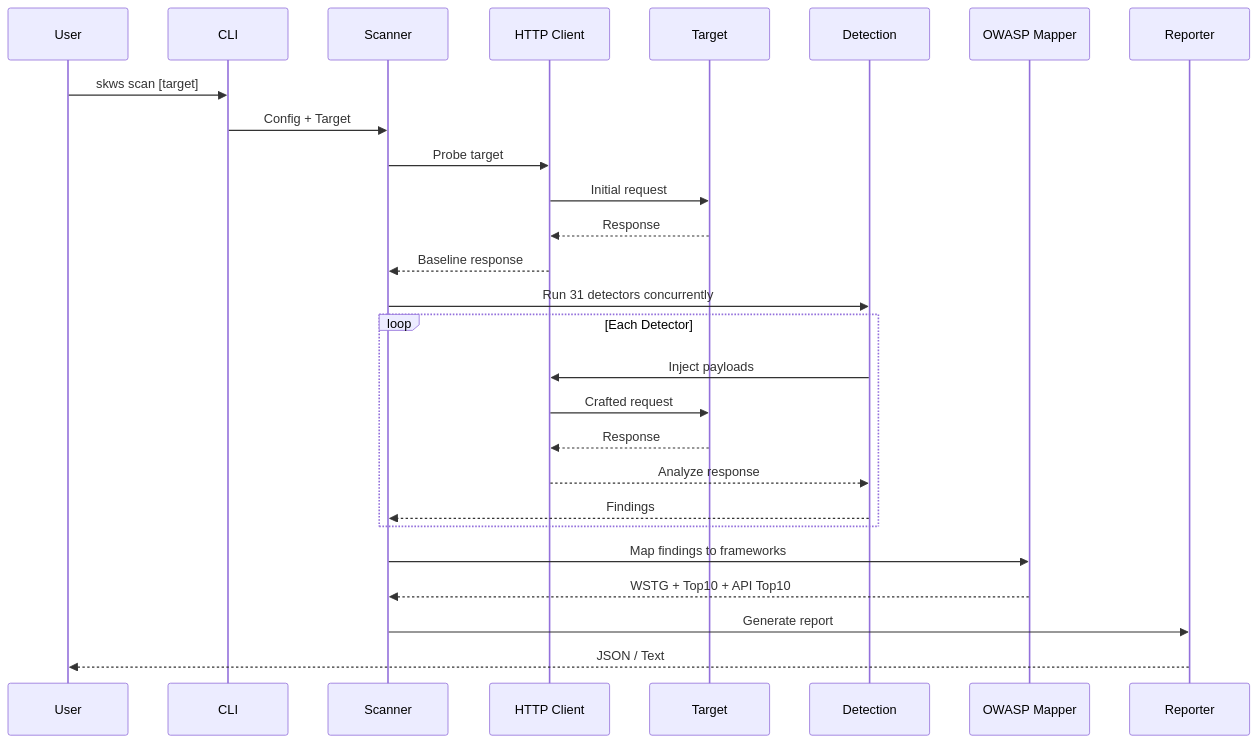
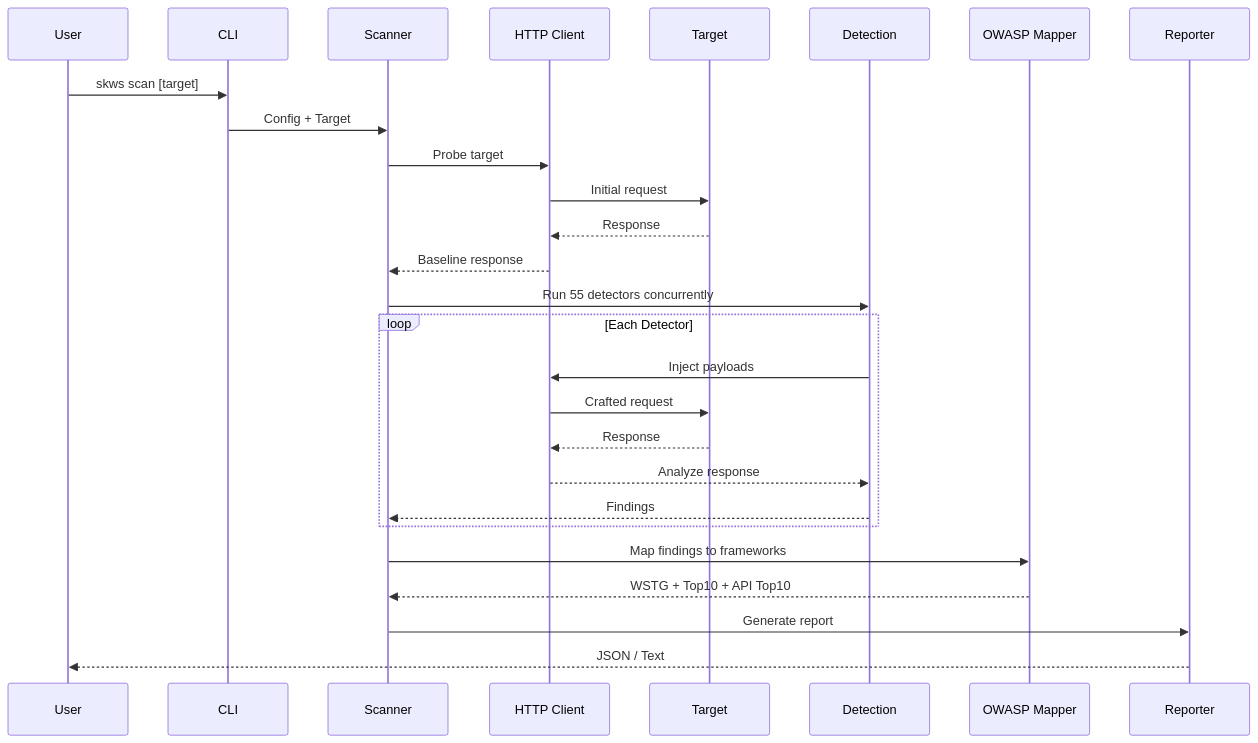
One commit to TyrusRC/assay changed the second of 4 diagrams in README.md. Above: the diagram before and after it, drawn with Mermaid. The commit also changed other lines of this file, not shown here.

````diff
--- a/README.md
+++ b/README.md
@@ -58,33 +85,33 @@
 ```mermaid
 sequenceDiagram
     participant User
     participant CLI
     participant Scanner
     participant HTTP as HTTP Client
     participant Target
     participant Detection
     participant OWASP as OWASP Mapper
     participant Reporter
 
     User->>CLI: skws scan [target]
     CLI->>Scanner: Config + Target
     Scanner->>HTTP: Probe target
     HTTP->>Target: Initial request
     Target-->>HTTP: Response
     HTTP-->>Scanner: Baseline response
 
-    Scanner->>Detection: Run 31 detectors concurrently
+    Scanner->>Detection: Run 55 detectors concurrently
 
     loop Each Detector
         Detection->>HTTP: Inject payloads
         HTTP->>Target: Crafted request
         Target-->>HTTP: Response
         HTTP-->>Detection: Analyze response
         Detection-->>Scanner: Findings
     end
 
     Scanner->>OWASP: Map findings to frameworks
     OWASP-->>Scanner: WSTG + Top10 + API Top10
     Scanner->>Reporter: Generate report
     Reporter-->>User: JSON / Text
 ```
````
